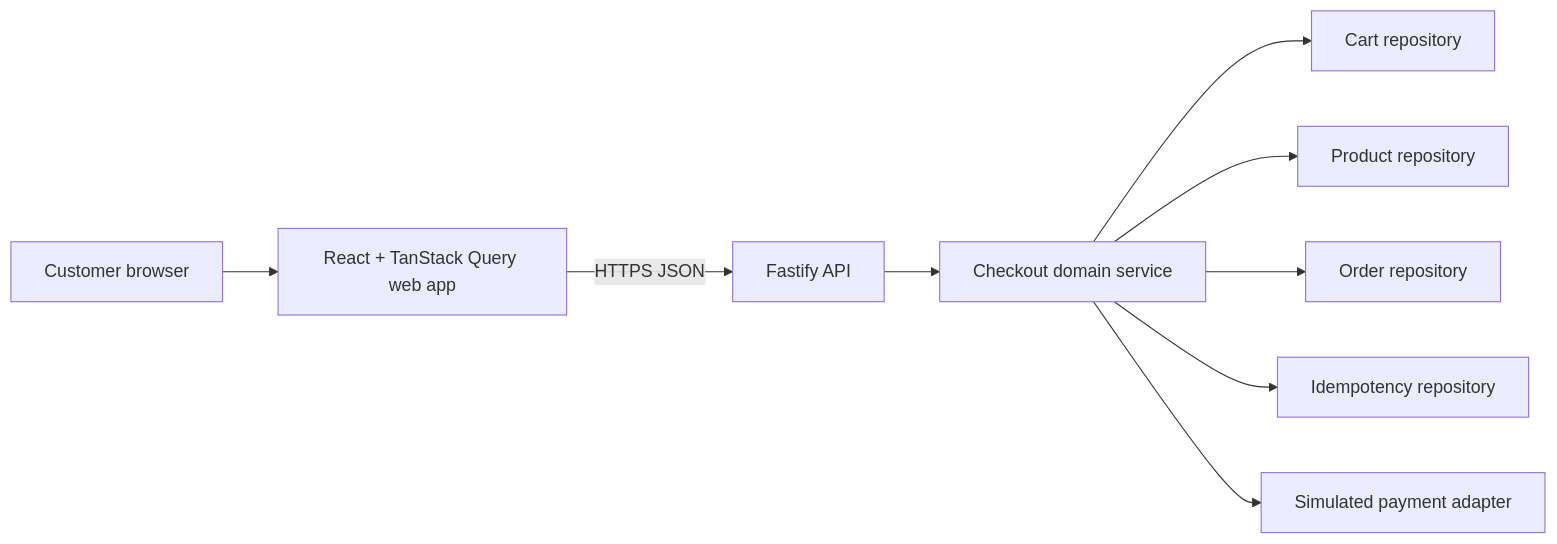
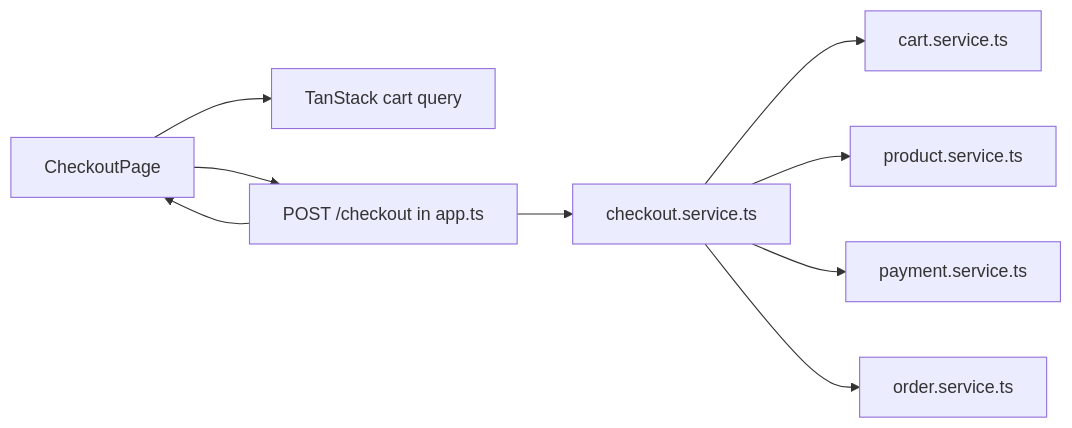
The first of 2 diagrams in docs/checkouts/checkout-hld.md (ab41j1t4000/product-catalog-fullstack), drawn with Mermaid before and after one commit. The commit also changed other lines of this file and 3 other files, not shown here.

````diff
--- a/docs/checkouts/checkout-hld.md
+++ b/docs/checkouts/checkout-hld.md
@@ -18,21 +54,20 @@
 ```mermaid
 flowchart LR
-    C["Customer browser"]
-    W["React + TanStack Query web app"]
-    API["Fastify API"]
-    CHECKOUT["Checkout domain service"]
-    CART["Cart repository"]
-    PRODUCT["Product repository"]
-    ORDER["Order repository"]
-    IDEM["Idempotency repository"]
-    PAY["Simulated payment adapter"]
+    PAGE["CheckoutPage"]
+    QUERY["TanStack cart query"]
+    API["POST /checkout in app.ts"]
+    CHECKOUT["checkout.service.ts"]
+    CART["cart.service.ts"]
+    PRODUCT["product.service.ts"]
+    PAYMENT["payment.service.ts"]
+    ORDER["order.service.ts"]
 
-    C --> W
-    W -->|"HTTPS JSON"| API
+    PAGE --> QUERY
+    PAGE --> API
     API --> CHECKOUT
     CHECKOUT --> CART
     CHECKOUT --> PRODUCT
+    CHECKOUT --> PAYMENT
     CHECKOUT --> ORDER
-    CHECKOUT --> IDEM
-    CHECKOUT --> PAY
+    API --> PAGE
 ```
````
